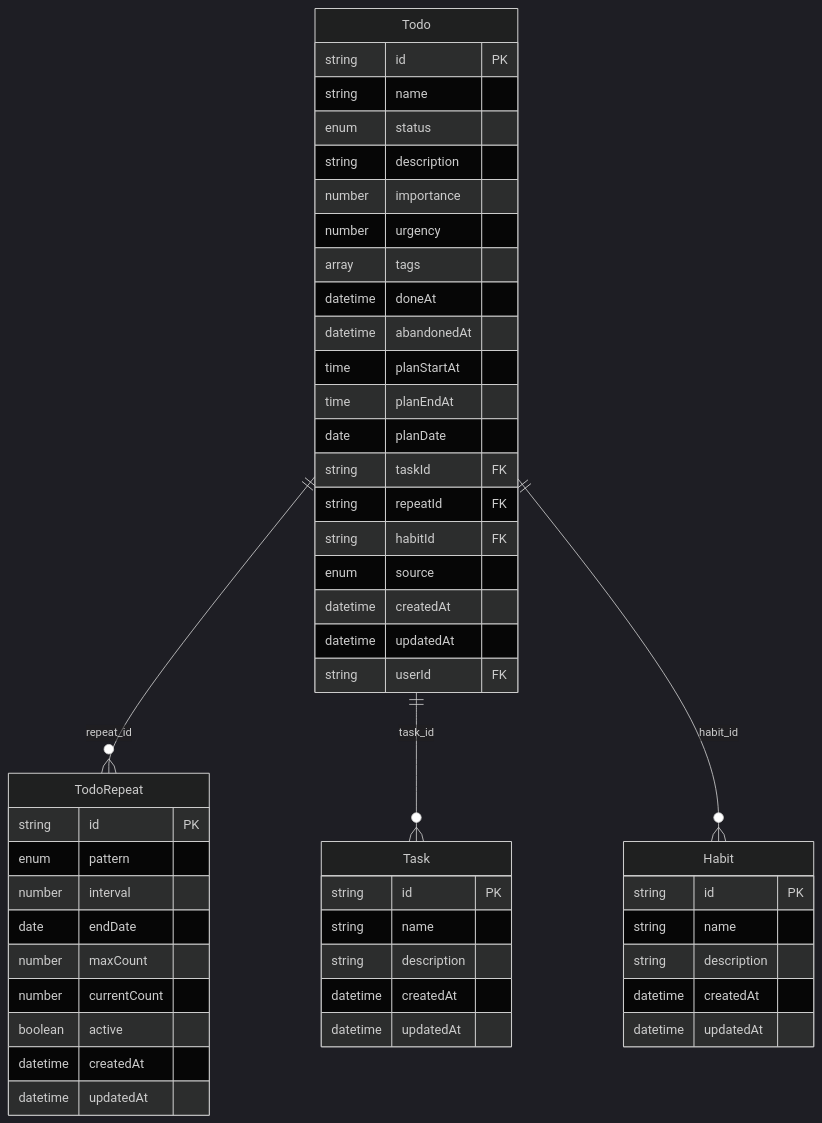
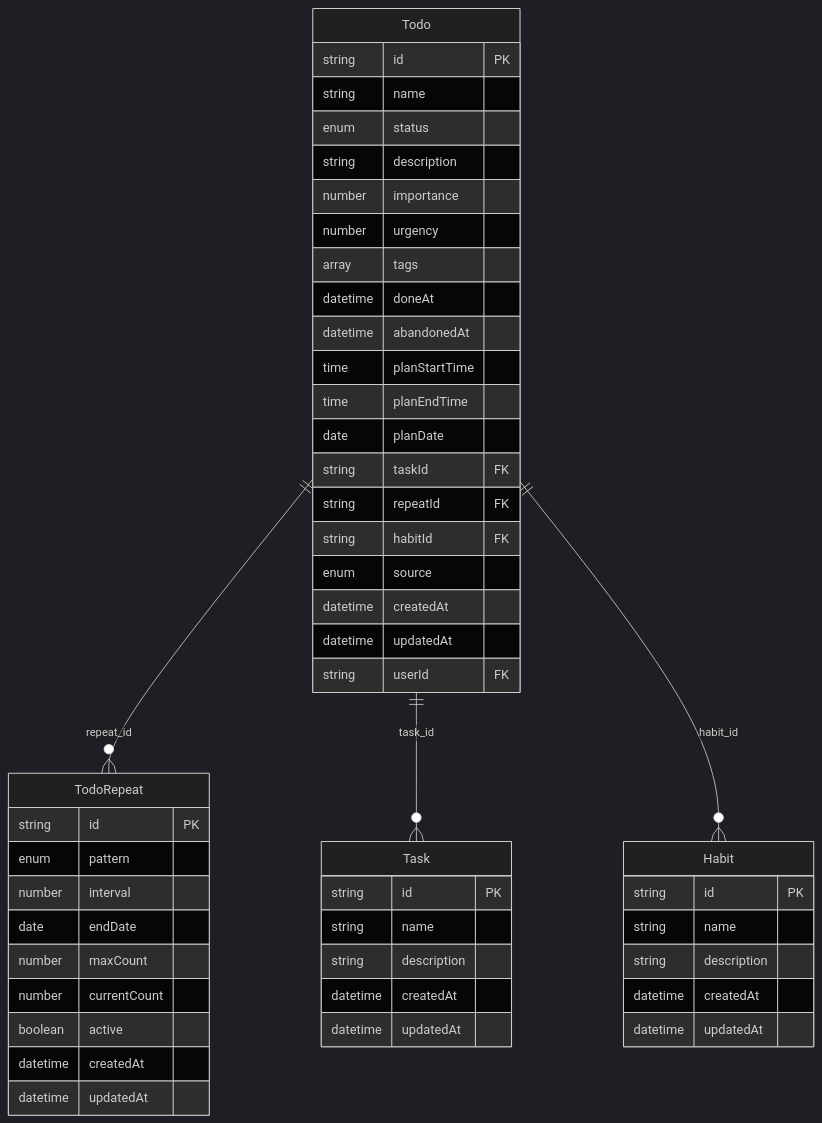
The second of 2 diagrams in doc/growth/todo/develop.md (francisxihe/life-toolkit), drawn with Mermaid (dark theme) before and after one commit. The commit also changed other lines of this file and 26 other files, not shown here.

First line of the commit message:
refactor(todo): 统一时间字段命名从planStartAt/planEndAt改为planStartTime/planEndTime

````diff
--- a/doc/growth/todo/develop.md
+++ b/doc/growth/todo/develop.md
@@ -322,56 +322,56 @@
 ```mermaid
 erDiagram
     Todo ||--o{ TodoRepeat : "repeat_id"
     Todo ||--o{ Task : "task_id"
     Todo ||--o{ Habit : "habit_id"
 
     Todo {
         string id PK
         string name
         enum status
         string description
         number importance
         number urgency
         array tags
         datetime doneAt
         datetime abandonedAt
-        time planStartAt
-        time planEndAt
+        time planStartTime
+        time planEndTime
         date planDate
         string taskId FK
         string repeatId FK
         string habitId FK
         enum source
         datetime createdAt
         datetime updatedAt
         string userId FK
     }
 
     TodoRepeat {
         string id PK
         enum pattern
         number interval
         date endDate
         number maxCount
         number currentCount
         boolean active
         datetime createdAt
         datetime updatedAt
     }
 
     Task {
         string id PK
         string name
         string description
         datetime createdAt
         datetime updatedAt
     }
 
     Habit {
         string id PK
         string name
         string description
         datetime createdAt
         datetime updatedAt
     }
 ```
````
